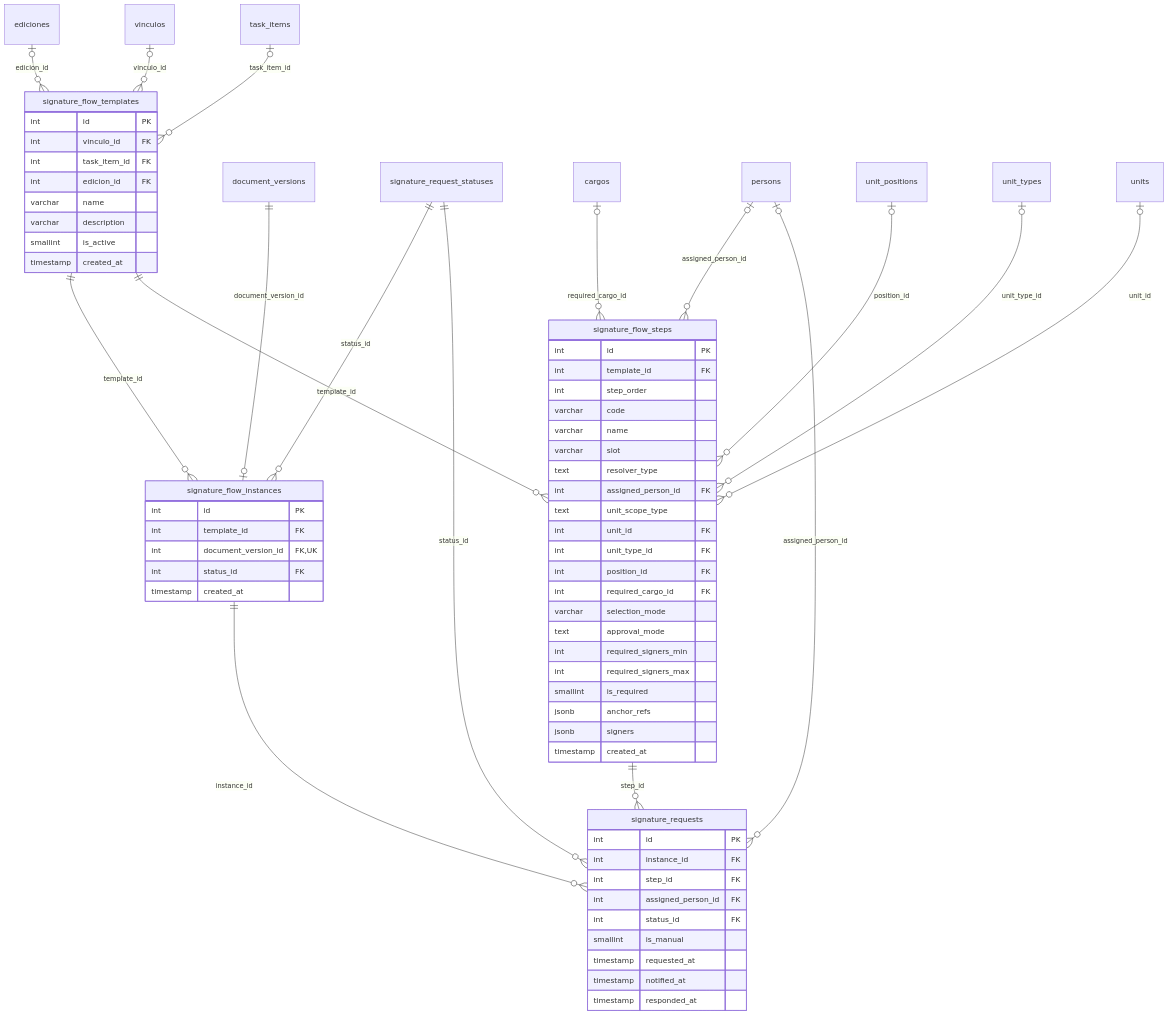
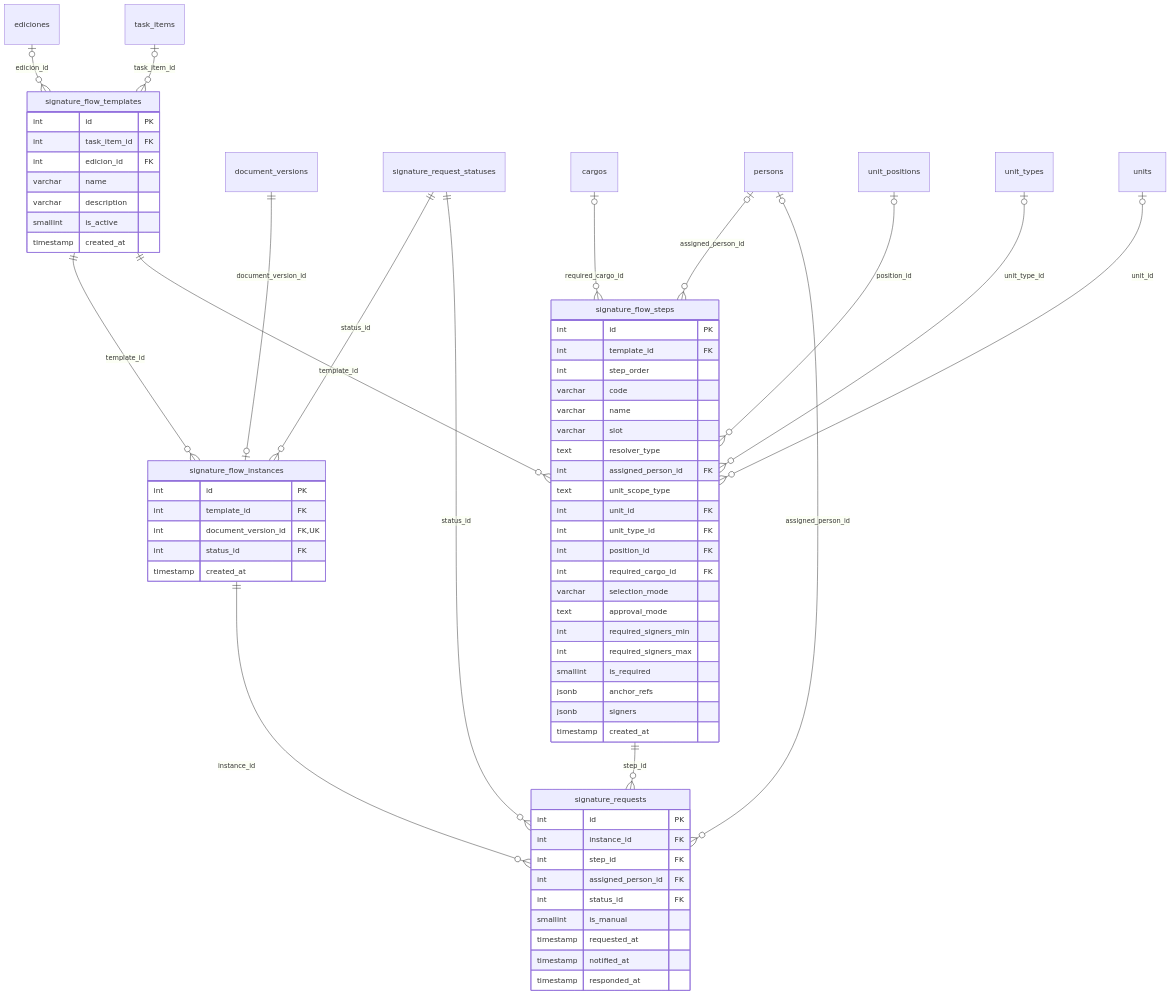
The eighth of 10 diagrams in docs/src/content/docs/modelo/mapa-con-campos.md (fresvel/deasy), drawn with Mermaid before and after one commit. The commit also changed other lines of this file and 41 other files, not shown here.

````diff
--- a/docs/src/content/docs/modelo/mapa-con-campos.md
+++ b/docs/src/content/docs/modelo/mapa-con-campos.md
@@ -555,71 +553,69 @@
 ```mermaid
 erDiagram
   %% generado por scripts/docs/gen-mapa-campos.mjs: no se edita a mano
   signature_flow_templates {
     int id PK
-    int vinculo_id FK
     int task_item_id FK
     int edicion_id FK
     varchar name
     varchar description
     smallint is_active
     timestamp created_at
   }
   signature_flow_steps {
     int id PK
     int template_id FK
     int step_order
     varchar code
     varchar name
     varchar slot
     text resolver_type
     int assigned_person_id FK
     text unit_scope_type
     int unit_id FK
     int unit_type_id FK
     int position_id FK
     int required_cargo_id FK
     varchar selection_mode
     text approval_mode
     int required_signers_min
     int required_signers_max
     smallint is_required
     jsonb anchor_refs
     jsonb signers
     timestamp created_at
   }
   signature_flow_instances {
     int id PK
     int template_id FK
     int document_version_id FK, UK
     int status_id FK
     timestamp created_at
   }
   signature_requests {
     int id PK
     int instance_id FK
     int step_id FK
     int assigned_person_id FK
     int status_id FK
     smallint is_manual
     timestamp requested_at
     timestamp notified_at
     timestamp responded_at
   }
   document_versions ||--o| signature_flow_instances : "document_version_id"
   signature_request_statuses ||--o{ signature_flow_instances : "status_id"
   signature_flow_templates ||--o{ signature_flow_instances : "template_id"
   cargos |o--o{ signature_flow_steps : "required_cargo_id"
   persons |o--o{ signature_flow_steps : "assigned_person_id"
   unit_positions |o--o{ signature_flow_steps : "position_id"
   signature_flow_templates ||--o{ signature_flow_steps : "template_id"
   unit_types |o--o{ signature_flow_steps : "unit_type_id"
   units |o--o{ signature_flow_steps : "unit_id"
   ediciones |o--o{ signature_flow_templates : "edicion_id"
-  vinculos |o--o{ signature_flow_templates : "vinculo_id"
   task_items |o--o{ signature_flow_templates : "task_item_id"
   signature_flow_instances ||--o{ signature_requests : "instance_id"
   persons |o--o{ signature_requests : "assigned_person_id"
   signature_request_statuses ||--o{ signature_requests : "status_id"
   signature_flow_steps ||--o{ signature_requests : "step_id"
 ```
````
